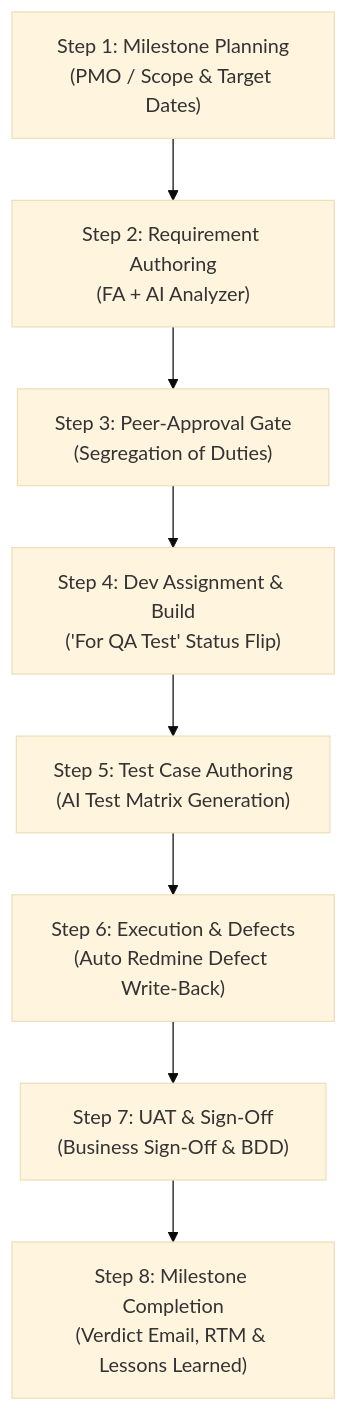
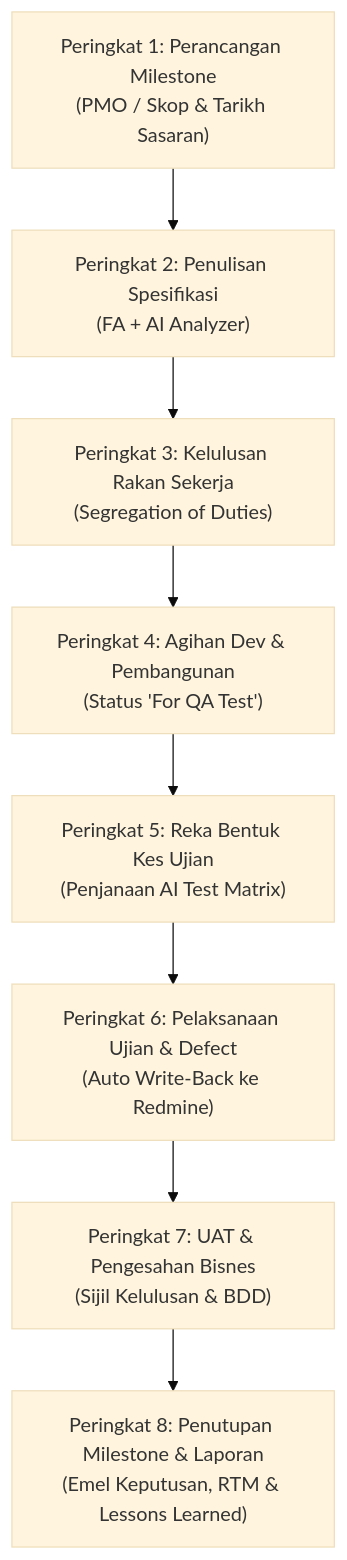
One commit to syamilsamat/QAPulse changed the diagram in LIVE_DEMO_SCRIPT.md. Above: the diagram before and after it, drawn with Mermaid (base theme). The commit also changed other lines of this file and 2 other files, not shown here.

````diff
--- a/LIVE_DEMO_SCRIPT.md
+++ b/LIVE_DEMO_SCRIPT.md
@@ -22,10 +22,10 @@
 ```mermaid
 flowchart TD
-    S1["Step 1: Milestone Planning<br/>(PMO / Scope & Target Dates)"] --> S2["Step 2: Requirement Authoring<br/>(FA + AI Analyzer)"]
-    S2 --> S3["Step 3: Peer-Approval Gate<br/>(Segregation of Duties)"]
-    S3 --> S4["Step 4: Dev Assignment & Build<br/>('For QA Test' Status Flip)"]
-    S4 --> S5["Step 5: Test Case Authoring<br/>(AI Test Matrix Generation)"]
-    S5 --> S6["Step 6: Execution & Defects<br/>(Auto Redmine Defect Write-Back)"]
-    S6 --> S7["Step 7: UAT & Sign-Off<br/>(Business Sign-Off & BDD)"]
-    S7 --> S8["Step 8: Milestone Completion<br/>(Verdict Email, RTM & Lessons Learned)"]
+    S1["Peringkat 1: Perancangan Milestone<br/>(PMO / Skop & Tarikh Sasaran)"] --> S2["Peringkat 2: Penulisan Spesifikasi<br/>(FA + AI Analyzer)"]
+    S2 --> S3["Peringkat 3: Kelulusan Rakan Sekerja<br/>(Segregation of Duties)"]
+    S3 --> S4["Peringkat 4: Agihan Dev & Pembangunan<br/>(Status 'For QA Test')"]
+    S4 --> S5["Peringkat 5: Reka Bentuk Kes Ujian<br/>(Penjanaan AI Test Matrix)"]
+    S5 --> S6["Peringkat 6: Pelaksanaan Ujian & Defect<br/>(Auto Write-Back ke Redmine)"]
+    S6 --> S7["Peringkat 7: UAT & Pengesahan Bisnes<br/>(Sijil Kelulusan & BDD)"]
+    S7 --> S8["Peringkat 8: Penutupan Milestone & Laporan<br/>(Emel Keputusan, RTM & Lessons Learned)"]
 ```
````
